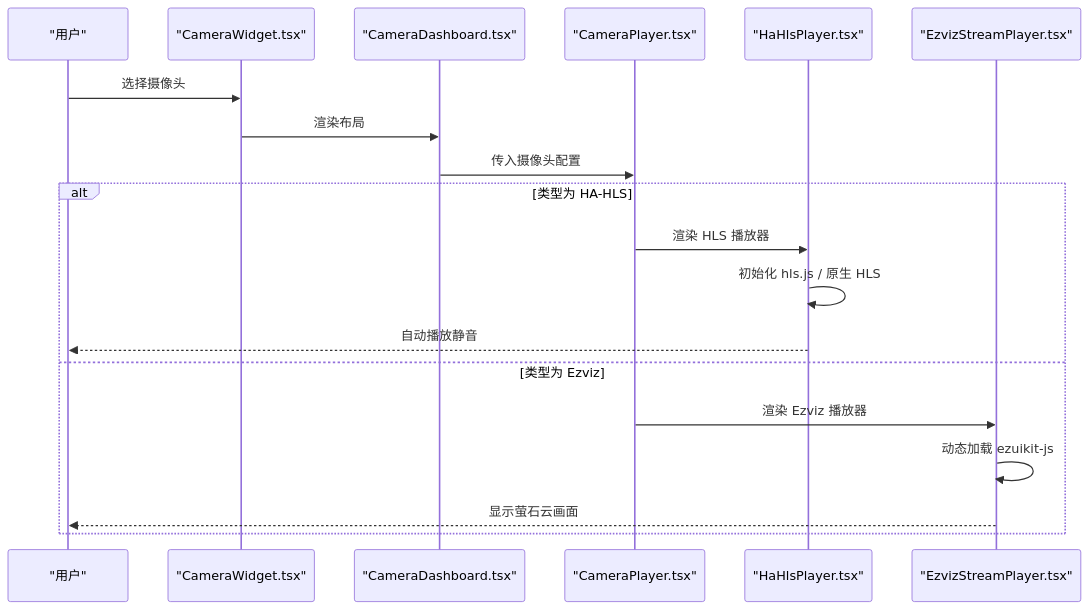
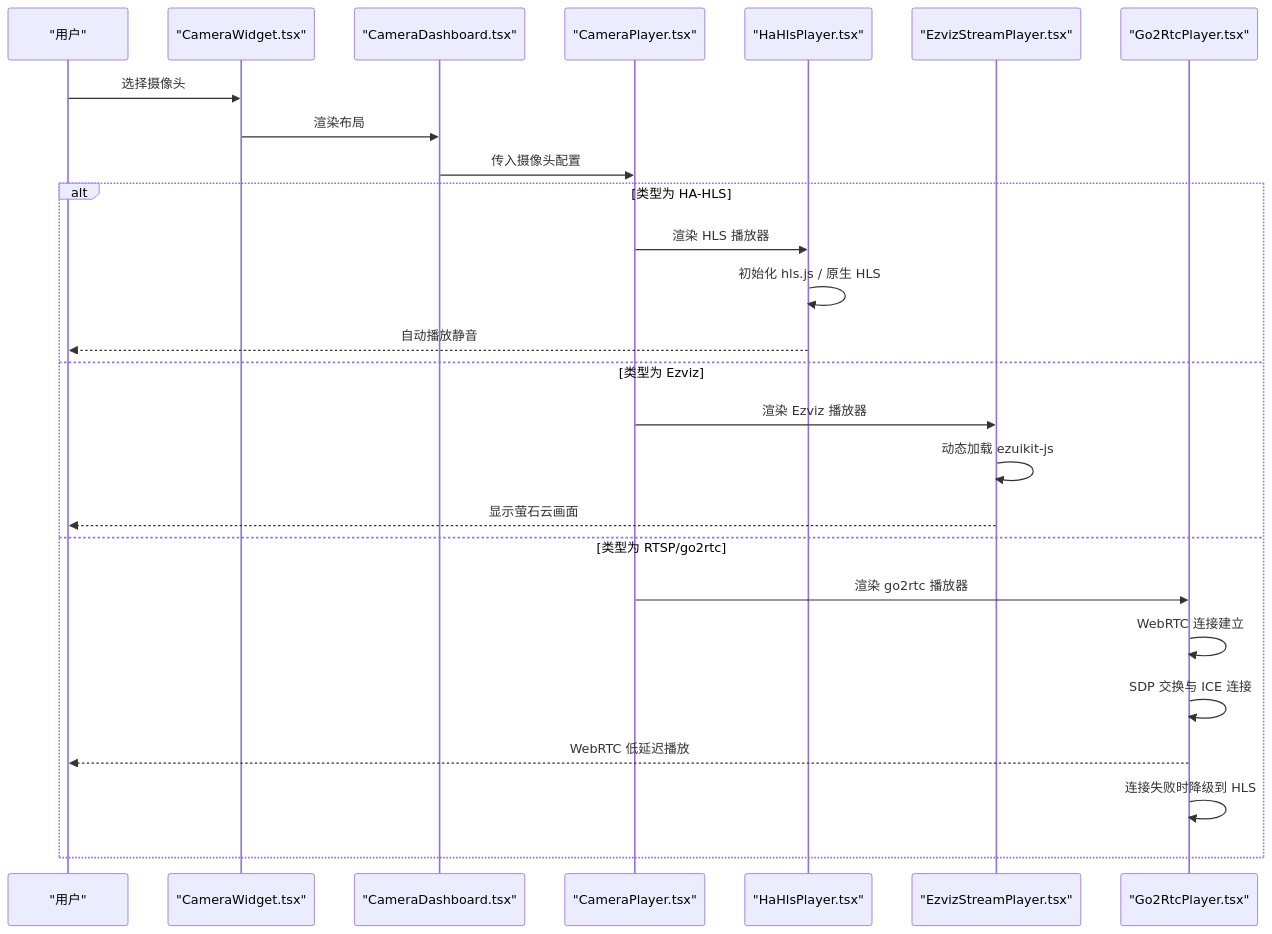
Before and after one commit to skyeyinkun/HAUI: the third of 6 diagrams in .qoder/repowiki/zh/content/摄像头监控系统/摄像头监控系统.md, drawn with Mermaid. The commit also changed other lines of this file and 23 other files, not shown here.

````diff
--- a/.qoder/repowiki/zh/content/摄像头监控系统/摄像头监控系统.md
+++ b/.qoder/repowiki/zh/content/摄像头监控系统/摄像头监控系统.md
@@ -154,21 +177,28 @@
 ```mermaid
 sequenceDiagram
 participant U as "用户"
 participant W as "CameraWidget.tsx"
 participant D as "CameraDashboard.tsx"
 participant P as "CameraPlayer.tsx"
 participant H as "HaHlsPlayer.tsx"
 participant E as "EzvizStreamPlayer.tsx"
+participant G as "Go2RtcPlayer.tsx"
 U->>W : 选择摄像头
 W->>D : 渲染布局
 D->>P : 传入摄像头配置
 alt 类型为 HA-HLS
 P->>H : 渲染 HLS 播放器
 H->>H : 初始化 hls.js / 原生 HLS
 H-->>U : 自动播放静音
 else 类型为 Ezviz
 P->>E : 渲染 Ezviz 播放器
 E->>E : 动态加载 ezuikit-js
 E-->>U : 显示萤石云画面
+else 类型为 RTSP/go2rtc
+P->>G : 渲染 go2rtc 播放器
+G->>G : WebRTC 连接建立
+G->>G : SDP 交换与 ICE 连接
+G-->>U : WebRTC 低延迟播放
+G->>G : 连接失败时降级到 HLS
 end
 ```
````
